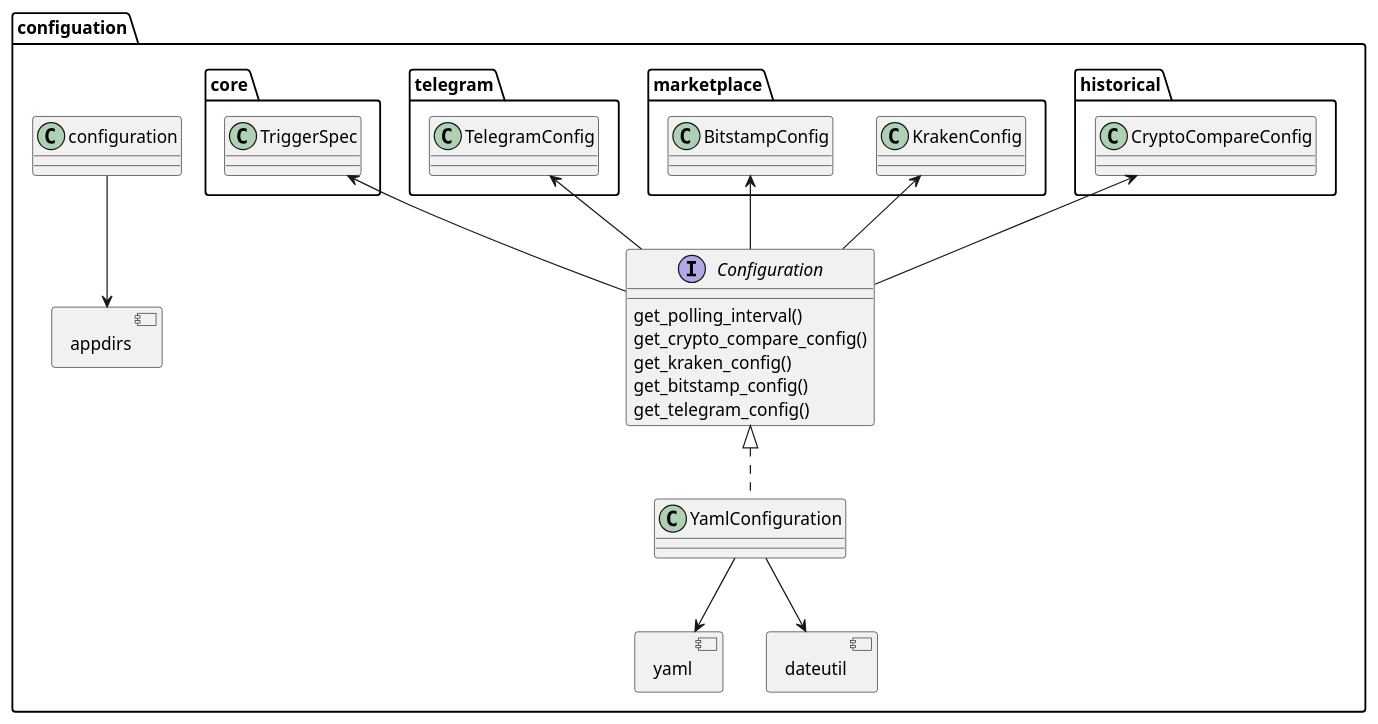
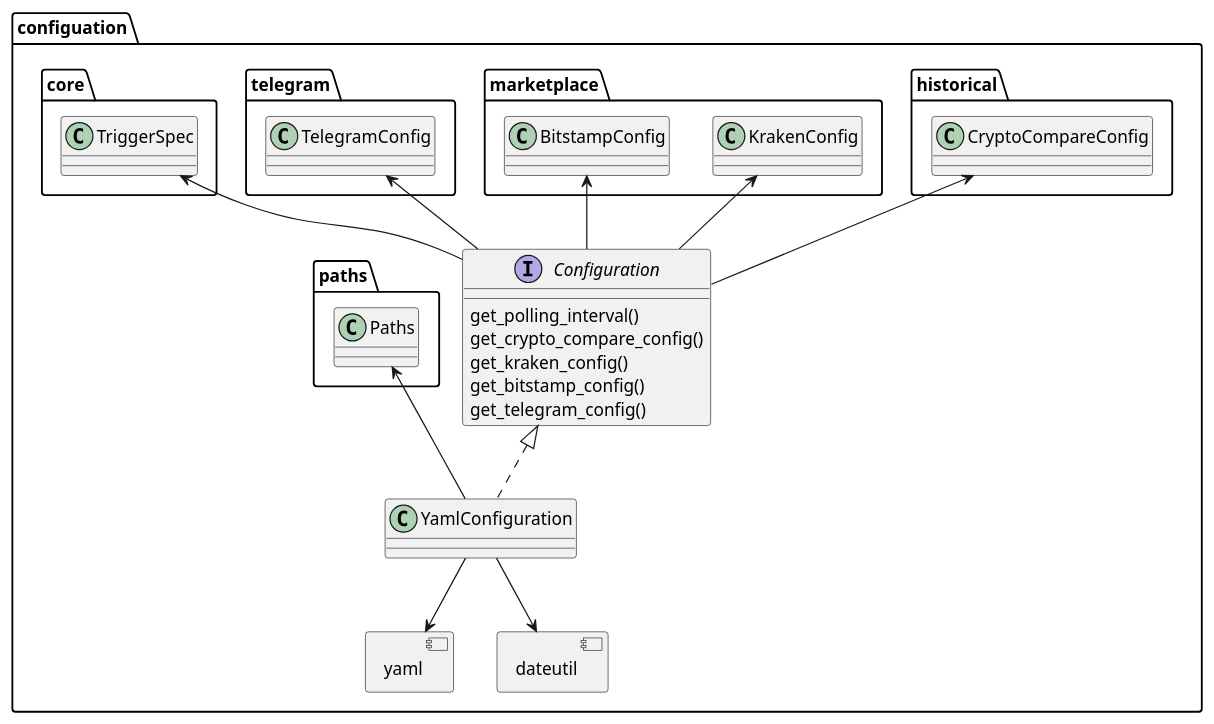
The diagram in docs/dev/graphs/configuration.puml (martin-ueding/vigilant-crypto-snatch), drawn with PlantUML before and after one commit. The commit also changed 2 other files, not shown here.

Commit message:
Update UML diagrams

```diff
--- a/docs/dev/graphs/configuration.puml
+++ b/docs/dev/graphs/configuration.puml
@@ -1,33 +1,35 @@
 @startuml
 
 allowmixing
 
 namespace configuation {
-component appdirs
 component yaml
 component dateutil
 
 interface Configuration {
     get_polling_interval()
     get_crypto_compare_config()
     get_kraken_config()
     get_bitstamp_config()
     get_telegram_config()
 }
 
 class YamlConfiguration implements Configuration
 
 historical.CryptoCompareConfig <-- Configuration
 marketplace.KrakenConfig <-- Configuration
 marketplace.BitstampConfig <-- Configuration
 telegram.TelegramConfig <-- Configuration
 core.TriggerSpec <-- Configuration
 
 YamlConfiguration --> dateutil
 YamlConfiguration --> yaml
 
 
-configuration --> appdirs
+paths.Paths <-- YamlConfiguration
 
 }
+
+
+
 @enduml
```
